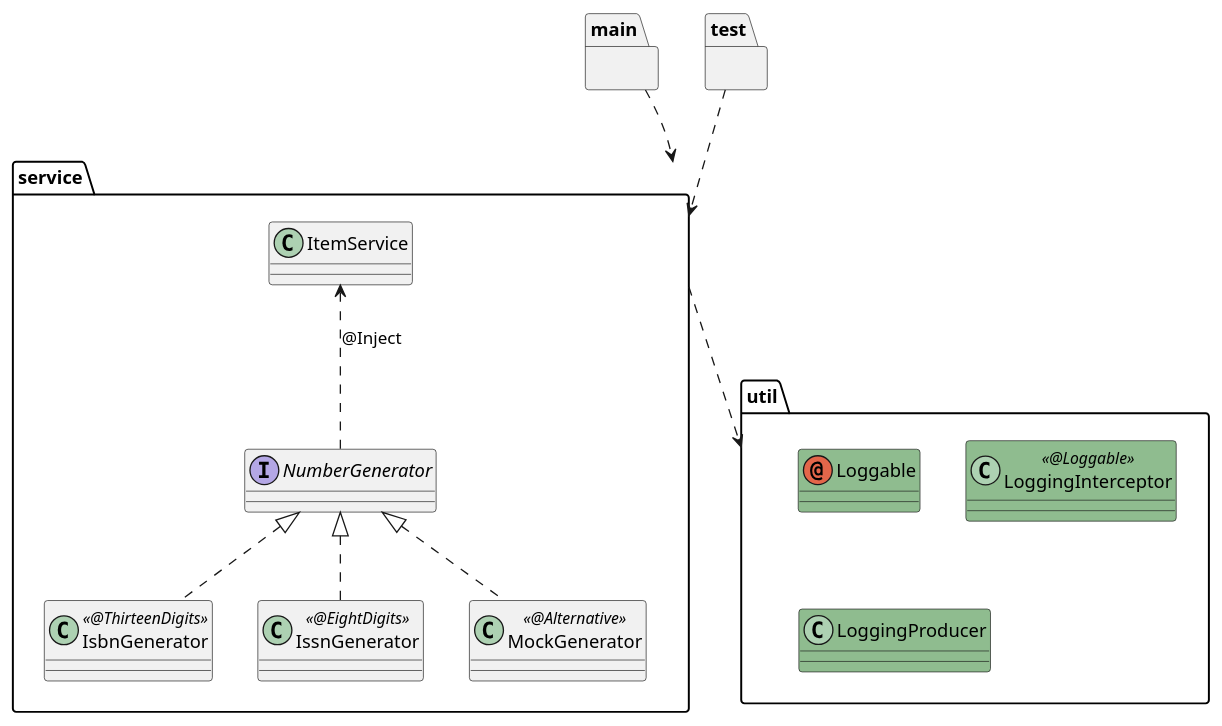
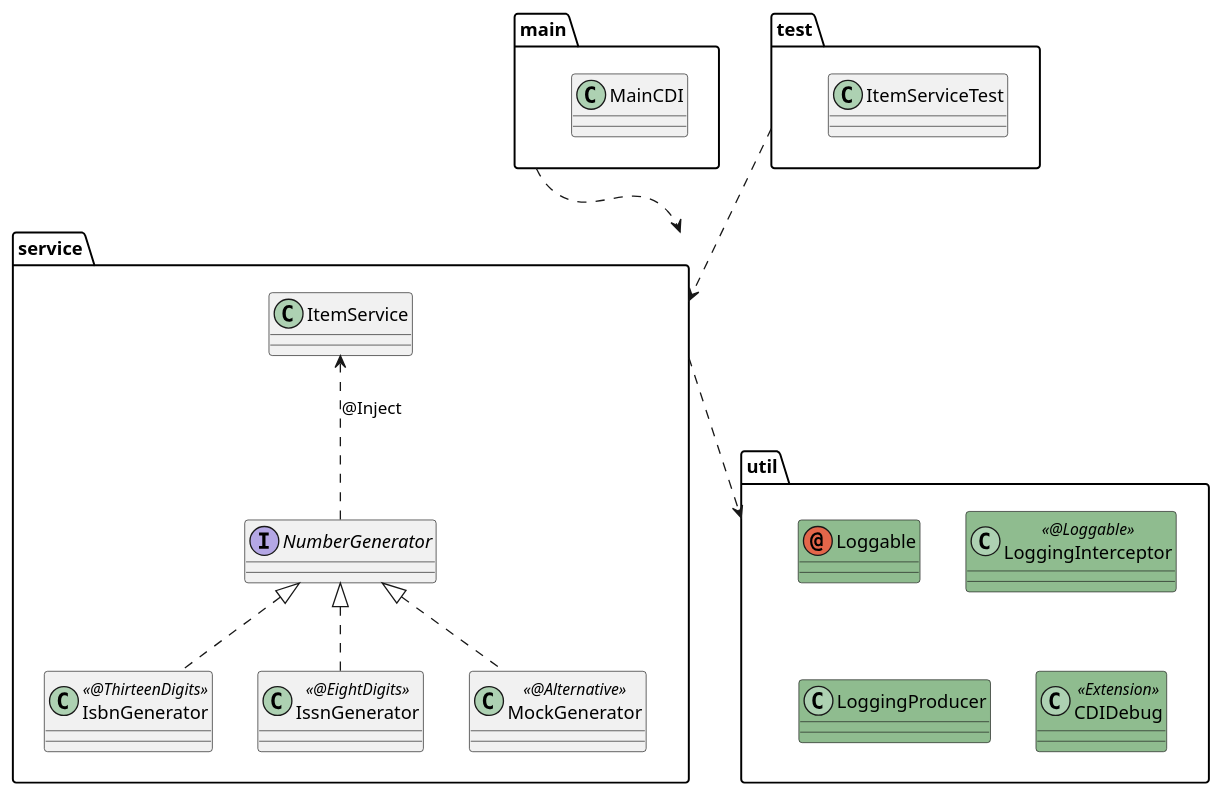
Before and after one commit to agoncal/agoncal-training-javaee7: the diagram in 02-CDI/demo02.puml, drawn with PlantUML. The commit also changed 16 other files, not shown here.

Commit message:
Updading UML schemas

```diff
--- a/02-CDI/demo02.puml
+++ b/02-CDI/demo02.puml
@@ -1,31 +1,34 @@
 @startuml
 
 package "main" {
+    class MainCDI
 }
 package "test" {
+    class ItemServiceTest
 }
 
 package "service" {
     interface NumberGenerator
     class IsbnGenerator << @ThirteenDigits >>
     class IssnGenerator << @EightDigits >>
     class MockGenerator << @Alternative >>
     class ItemService
 
     ItemService <.. NumberGenerator : @Inject
     NumberGenerator <|.. IsbnGenerator
     NumberGenerator <|.. IssnGenerator
     NumberGenerator <|.. MockGenerator
 }
 
 package "util" {
     annotation Loggable #8FBC8F
     class LoggingInterceptor << @Loggable >> #8FBC8F
     class LoggingProducer #8FBC8F
+    class CDIDebug << Extension >> #8FBC8F
 }
 
 main ..> service
 test ..> service
 service ..> util
 
 @enduml
```
